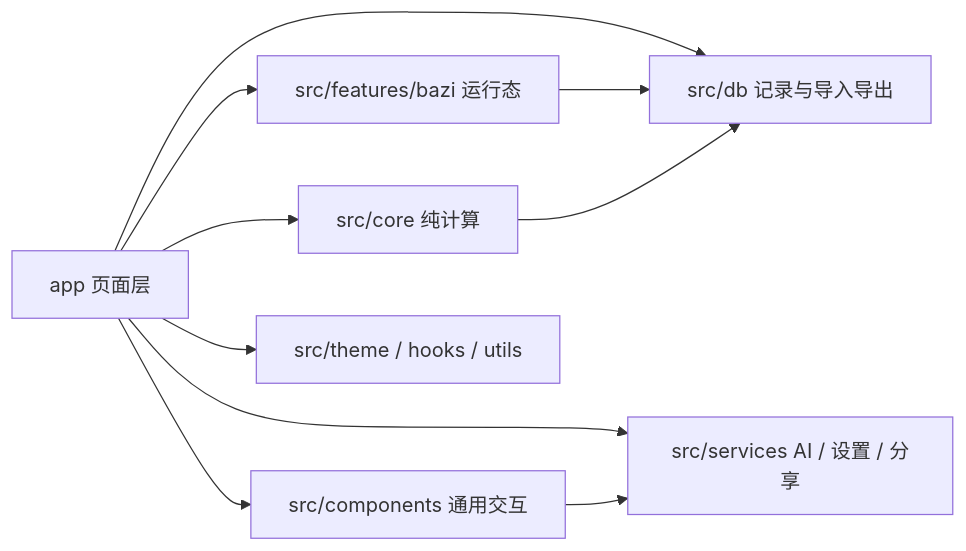
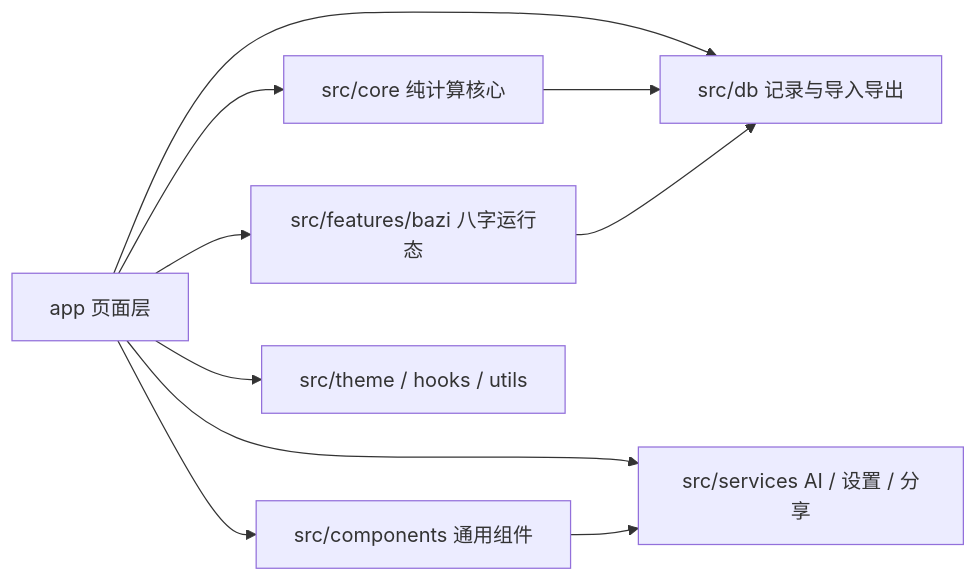
The diagram in PROJECT_ARCHITECTURE.md (Nyxlux-bot/JianJi), drawn with Mermaid before and after one commit. The commit also changed other lines of this file and 13 other files, not shown here.

````diff
--- a/PROJECT_ARCHITECTURE.md
+++ b/PROJECT_ARCHITECTURE.md
@@ -150,12 +118,12 @@
 ```mermaid
 flowchart LR
-  A["app 页面层"] --> B["src/core 纯计算"]
-  A --> C["src/features/bazi 运行态"]
-  A --> D["src/components 通用交互"]
+  A["app 页面层"] --> B["src/core 纯计算核心"]
+  A --> C["src/features/bazi 八字运行态"]
+  A --> D["src/components 通用组件"]
   A --> E["src/services AI / 设置 / 分享"]
   A --> F["src/db 记录与导入导出"]
   A --> G["src/theme / hooks / utils"]
+  B --> F
+  C --> F
   D --> E
-  C --> F
-  B --> F
 ```
````
